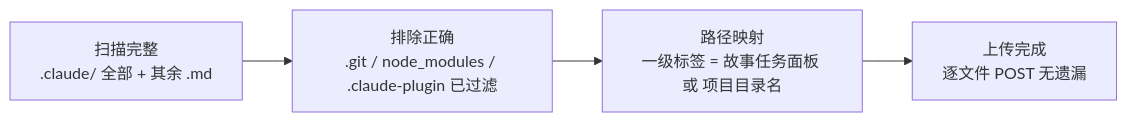
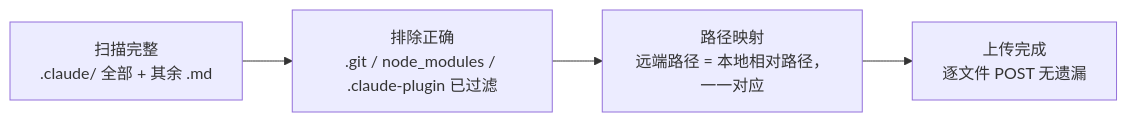
One commit to effiy/YrY changed the eighth of 8 diagrams in skills/rui-import/SKILL.md. Above: the diagram before and after it, drawn with Mermaid. The commit also changed other lines of this file and 7 other files, not shown here.

````diff
--- a/skills/rui-import/SKILL.md
+++ b/skills/rui-import/SKILL.md
@@ -301,6 +297,6 @@
 ```mermaid
 flowchart LR
     S1["扫描完整<br/>.claude/ 全部 + 其余 .md"]:::sig --> S2["排除正确<br/>.git / node_modules / .claude-plugin 已过滤"]:::sig
-    S2 --> S3["路径映射<br/>一级标签 = 故事任务面板 或 项目目录名"]:::sig
+    S2 --> S3["路径映射<br/>远端路径 = 本地相对路径，一一对应"]:::sig
     S3 --> S4["上传完成<br/>逐文件 POST 无遗漏"]:::sig
 ```
````
